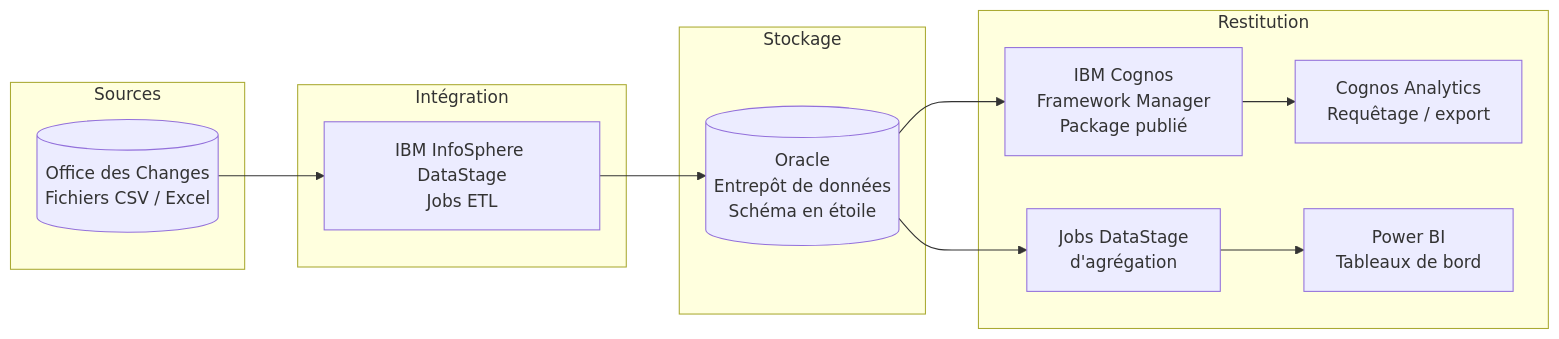
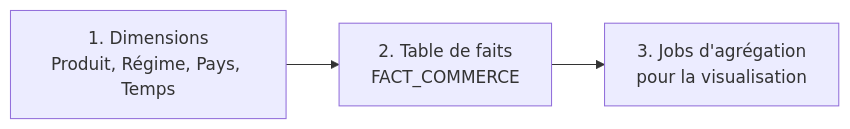
The diagram in etl/README.md (Hajar444238/Foreign-trade-bi-solution), drawn with Mermaid before and after one commit. The commit also changed other lines of this file, not shown here.

First line of the commit message:
Revise README for ETL process documentation

````diff
--- a/etl/README.md
+++ b/etl/README.md
@@ -7,19 +25,5 @@
 ```mermaid
 flowchart LR
-    subgraph S1["Sources"]
-        A[("Office des Changes<br/>Fichiers CSV / Excel")]
-    end
-    subgraph S2["Intégration"]
-        B["IBM InfoSphere DataStage<br/>Jobs ETL"]
-    end
-    subgraph S3["Stockage"]
-        C[("Oracle<br/>Entrepôt de données<br/>Schéma en étoile")]
-    end
-    subgraph S4["Restitution"]
-        D["IBM Cognos<br/>Framework Manager<br/>Package publié"] --> E["Cognos Analytics<br/>Requêtage / export"]
-        F["Jobs DataStage<br/>d'agrégation"] --> G["Power BI<br/>Tableaux de bord"]
-    end
-    A --> B --> C
-    C --> D
-    C --> F
+    A["1. Dimensions<br/>Produit, Régime, Pays, Temps"] --> B["2. Table de faits<br/>FACT_COMMERCE"]
+    B --> C["3. Jobs d'agrégation<br/>pour la visualisation"]
 ```
````
